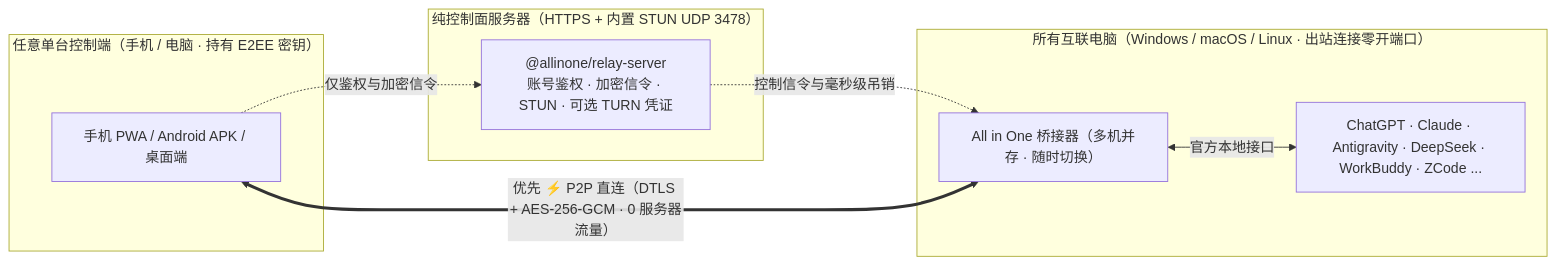
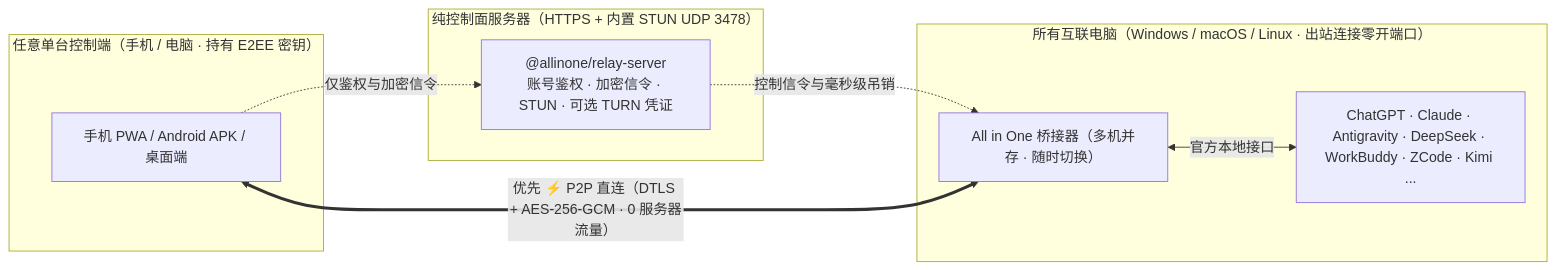
The diagram in README.md (RainbowLion0320/AllinOne), drawn with Mermaid before and after one commit. The commit also changed other lines of this file and 27 other files, not shown here.

````diff
--- a/README.md
+++ b/README.md
@@ -133,20 +135,20 @@
 ```mermaid
 flowchart LR
   subgraph Clients["任意单台控制端（手机 / 电脑 · 持有 E2EE 密钥）"]
     M["手机 PWA / Android APK / 桌面端"]
   end
 
   subgraph Control["纯控制面服务器（HTTPS + 内置 STUN UDP 3478）"]
     R["@allinone/relay-server<br/>账号鉴权 · 加密信令 · STUN · 可选 TURN 凭证"]
   end
 
   subgraph PC["所有互联电脑（Windows / macOS / Linux · 出站连接零开端口）"]
     B["All in One 桥接器（多机并存 · 随时切换）"]
-    A["ChatGPT · Claude · Antigravity · DeepSeek · WorkBuddy · ZCode ..."]
+    A["ChatGPT · Claude · Antigravity · DeepSeek · WorkBuddy · ZCode · Kimi ..."]
     B <-->|"官方本地接口"| A
   end
 
   M -.->|"仅鉴权与加密信令"| R
   R -.->|"控制信令与毫秒级吊销"| B
   M <==>|"优先 ⚡ P2P 直连（DTLS + AES-256-GCM · 0 服务器流量）"| B
 ```
````
